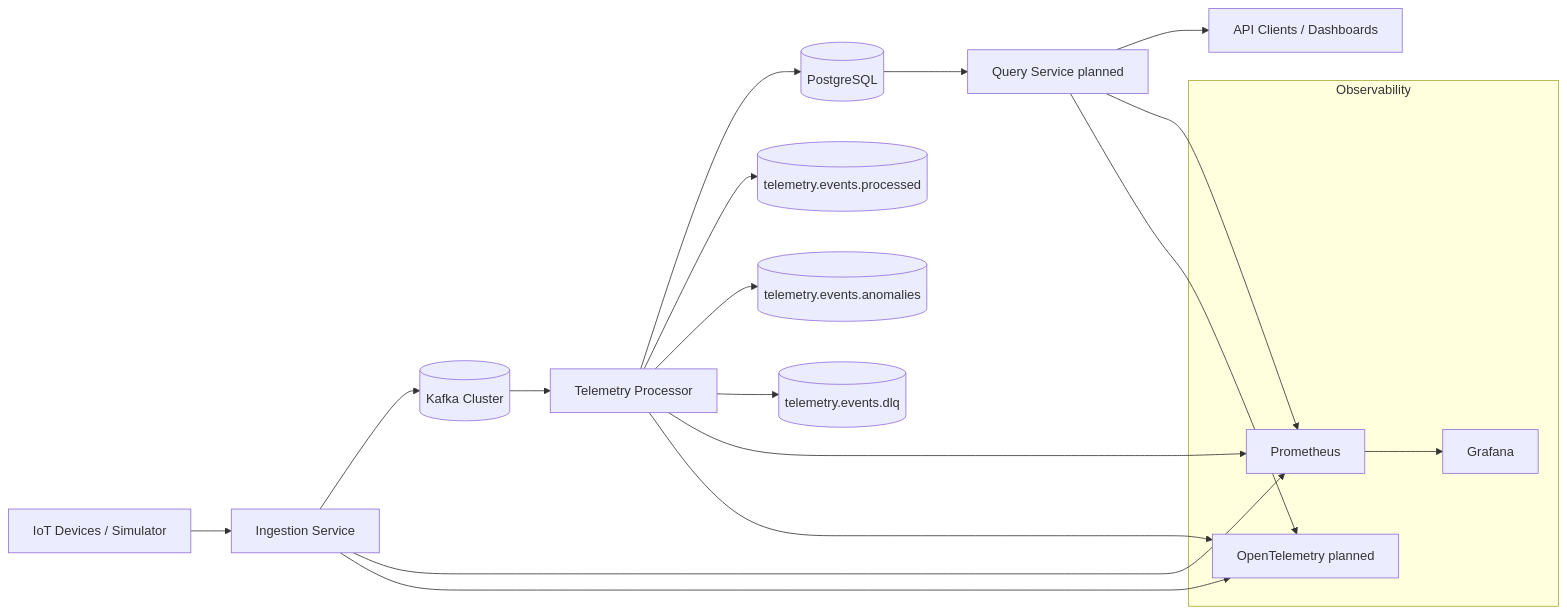
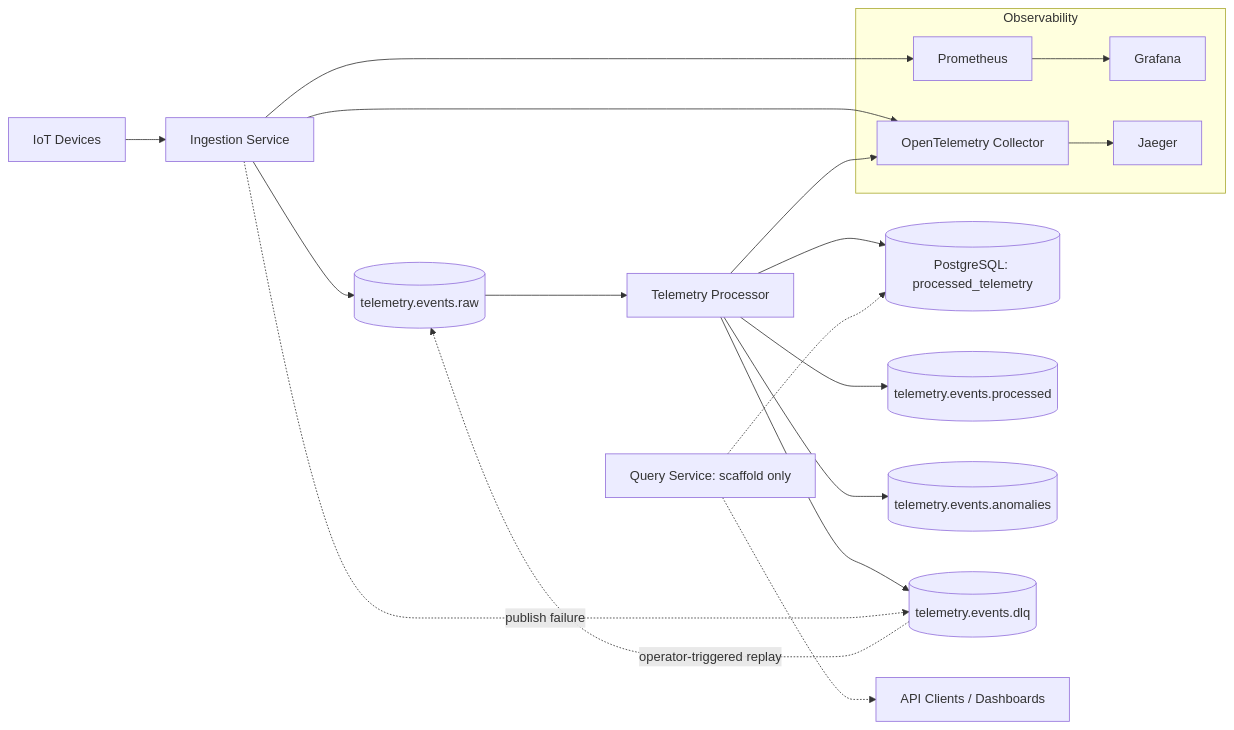
Before and after one commit to ME-Massine/pulsestream: the diagram in README.md, drawn with Mermaid. The commit also changed other lines of this file and 14 other files, not shown here.

First line of the commit message:
docs: synchronize project state, roadmap, and diagrams (#261)

````diff
--- a/README.md
+++ b/README.md
@@ -23,30 +66,30 @@
 ```mermaid
 flowchart LR
-    A[IoT Devices / Simulator] --> B[Ingestion Service]
-    B --> C[(Kafka Cluster)]
+    A[IoT Devices] --> B[Ingestion Service]
+    B --> C[(telemetry.events.raw)]
 
     C --> D[Telemetry Processor]
-    D --> E[(PostgreSQL)]
-    E --> F[Query Service planned]
-    F --> G[API Clients / Dashboards]
+    D --> E[(PostgreSQL: processed_telemetry)]
 
     D --> H[(telemetry.events.processed)]
     D --> I[(telemetry.events.anomalies)]
     D --> J[(telemetry.events.dlq)]
+    B -. publish failure .-> J
+    J -. operator-triggered replay .-> C
+
+    F[Query Service: scaffold only] -.-> E
+    F -.-> G[API Clients / Dashboards]
 
     subgraph Observability
         K[Prometheus]
         L[Grafana]
-        M[OpenTelemetry planned]
+        M[OpenTelemetry Collector]
+        N[Jaeger]
     end
 
     B --> K
-    D --> K
-    F --> K
-
     B --> M
     D --> M
-    F --> M
-
+    M --> N
     K --> L
 ```
````
